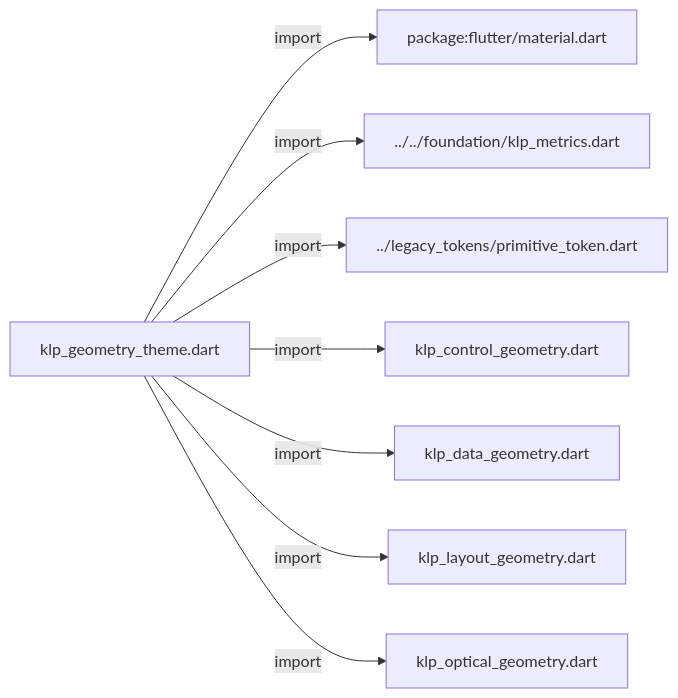
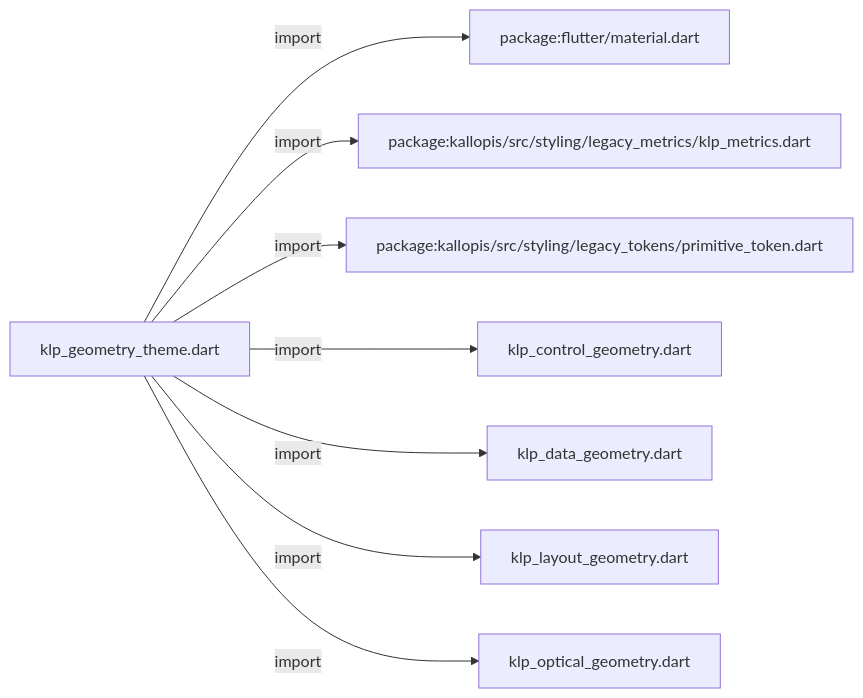
Before and after one commit to MiuDog/Kallopis: the first of 3 diagrams in docs/architecture/src/styling/legacy_theme/klp_geometry_theme.md, drawn with Mermaid. The commit also changed other lines of this file and 9688 other files, not shown here.

Commit message:
Prepare isolated Flow F2 peer baseline

````diff
--- a/docs/architecture/src/styling/legacy_theme/klp_geometry_theme.md
+++ b/docs/architecture/src/styling/legacy_theme/klp_geometry_theme.md
@@ -11,18 +11,18 @@
 ```mermaid
 flowchart LR
 	n0["klp_geometry_theme.dart"]
 	n1["package:flutter/material.dart"]
-	n2["../../foundation/klp_metrics.dart"]
-	n3["../legacy_tokens/primitive_token.dart"]
+	n2["package:kallopis/src/styling/legacy_metrics/klp_metrics.dart"]
+	n3["package:kallopis/src/styling/legacy_tokens/primitive_token.dart"]
 	n4["klp_control_geometry.dart"]
 	n5["klp_data_geometry.dart"]
 	n6["klp_layout_geometry.dart"]
 	n7["klp_optical_geometry.dart"]
 	n0 -->|"import"| n1
 	n0 -->|"import"| n2
 	n0 -->|"import"| n3
 	n0 -->|"import"| n4
 	n0 -->|"import"| n5
 	n0 -->|"import"| n6
 	n0 -->|"import"| n7
 ```
````
